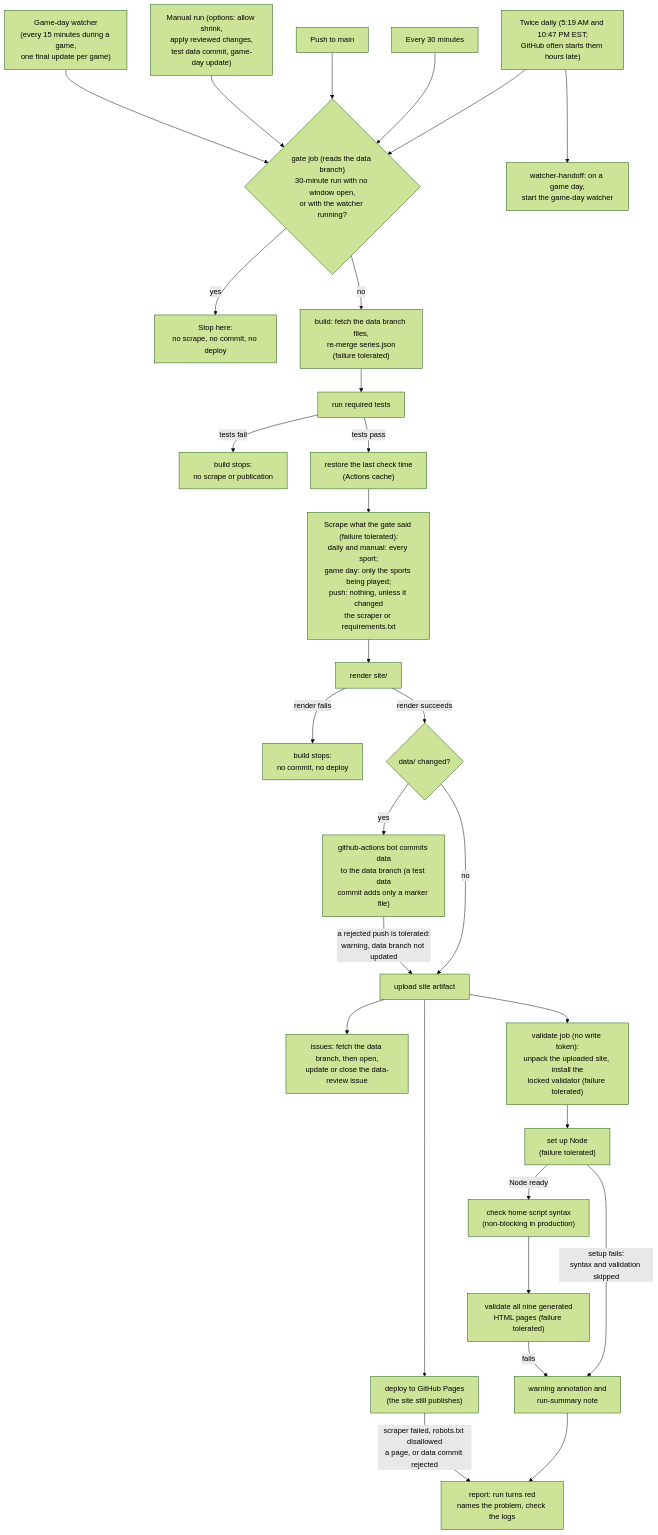
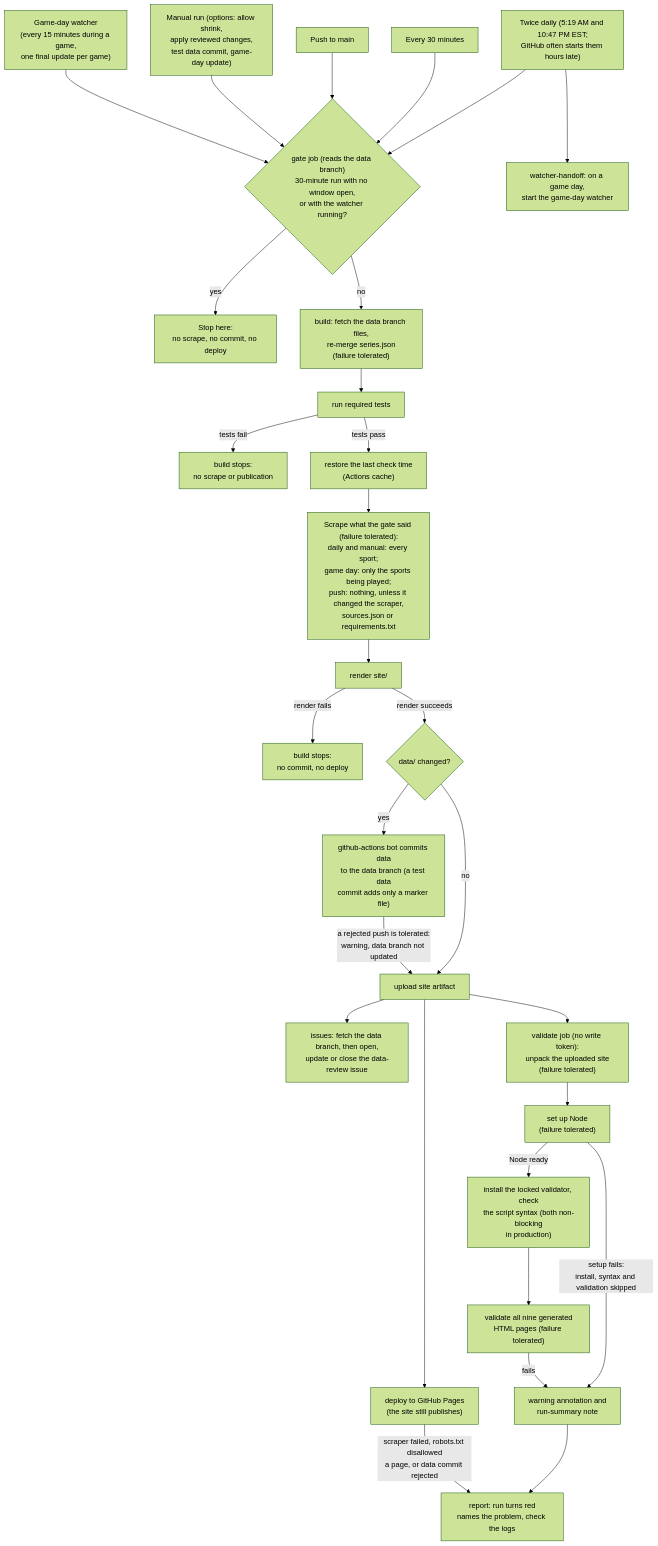
One commit to jacksonmote/DePauw-vs-Wabash-web changed the second of 5 diagrams in README.md. Above: the diagram before and after it, drawn with Mermaid (forest theme). The commit also changed other lines of this file, not shown here.

````diff
--- a/README.md
+++ b/README.md
@@ -247,32 +247,32 @@
 ```mermaid
 flowchart TD
   T1["Twice daily (5:19 AM and 10:47 PM EST;<br/>GitHub often starts them hours late)"] --> G
   T1 --> HO["watcher-handoff: on a game day,<br/>start the game-day watcher"]
   T2["Every 30 minutes"] --> G
   T3["Push to main"] --> G
   T4["Manual run (options: allow shrink,<br/>apply reviewed changes,<br/>test data commit, game-day update)"] --> G
   T5["Game-day watcher<br/>(every 15 minutes during a game,<br/>one final update per game)"] --> G
   G{"gate job (reads the data branch)<br/>30-minute run with no window open,<br/>or with the watcher running?"}
   G -- "yes" --> X["Stop here:<br/>no scrape, no commit, no deploy"]
   G -- "no" --> F["build: fetch the data branch files,<br/>re-merge series.json<br/>(failure tolerated)"]
   F --> B["run required tests"]
   B -- "tests fail" --> TF["build stops:<br/>no scrape or publication"]
   B -- "tests pass" --> LC2["restore the last check time<br/>(Actions cache)"]
-  LC2 --> S["Scrape what the gate said (failure tolerated):<br/>daily and manual: every sport;<br/>game day: only the sports being played;<br/>push: nothing, unless it changed<br/>the scraper or requirements.txt"]
+  LC2 --> S["Scrape what the gate said (failure tolerated):<br/>daily and manual: every sport;<br/>game day: only the sports being played;<br/>push: nothing, unless it changed the scraper,<br/>sources.json or requirements.txt"]
   S --> R["render site/"]
   R -- "render fails" --> RF["build stops:<br/>no commit, no deploy"]
   R -- "render succeeds" --> C{"data/ changed?"}
   C -- "yes" --> CM["github-actions bot commits data<br/>to the data branch (a test data<br/>commit adds only a marker file)"]
   C -- "no" --> U
   CM -- "a rejected push is tolerated:<br/>warning, data branch not updated" --> U["upload site artifact"]
   U --> D["deploy to GitHub Pages<br/>(the site still publishes)"]
   U --> IS["issues: fetch the data branch, then open,<br/>update or close the data-review issue"]
-  U --> VJ["validate job (no write token):<br/>unpack the uploaded site, install the<br/>locked validator (failure tolerated)"]
+  U --> VJ["validate job (no write token):<br/>unpack the uploaded site<br/>(failure tolerated)"]
   VJ --> N["set up Node<br/>(failure tolerated)"]
-  N -- "Node ready" --> JS["check home script syntax<br/>(non-blocking in production)"]
+  N -- "Node ready" --> JS["install the locked validator, check<br/>the script syntax (both non-blocking<br/>in production)"]
   JS --> V["validate all nine generated<br/>HTML pages (failure tolerated)"]
-  N -- "setup fails:<br/>syntax and validation skipped" --> W["warning annotation and<br/>run-summary note"]
+  N -- "setup fails:<br/>install, syntax and validation skipped" --> W["warning annotation and<br/>run-summary note"]
   V -- "fails" --> W
   W --> RP
   D -- "scraper failed, robots.txt disallowed<br/>a page, or data commit rejected" --> RP["report: run turns red<br/>names the problem, check the logs"]
 ```
````
